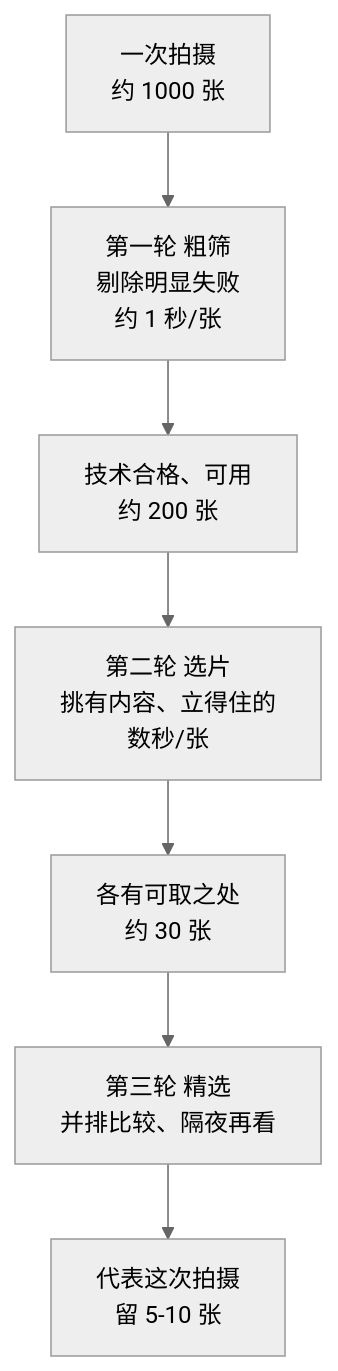
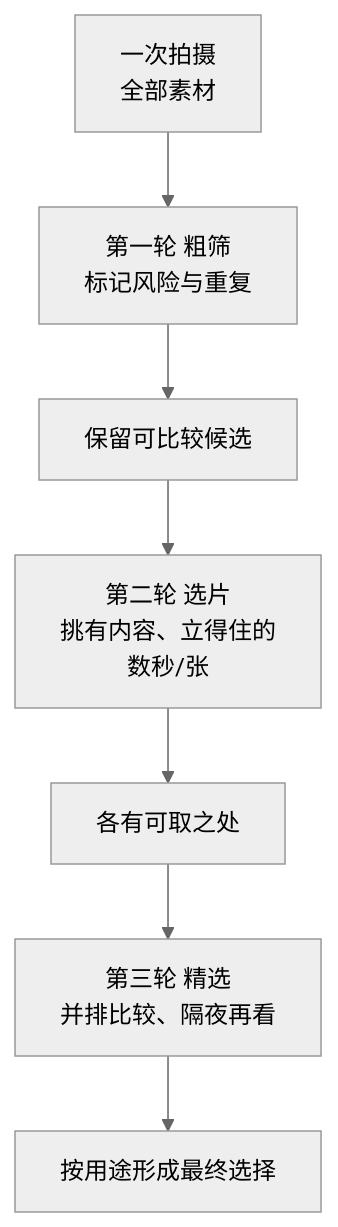
One commit to yingwang/photography-book changed the diagram in docs/14-edit-and-sustain.md. Above: the diagram before and after it, drawn with Mermaid (neutral theme). The commit also changed other lines of this file and 23 other files, not shown here.

Commit message:
全面收紧内容准确性、图片溯源与出版体验 (#11)

````diff
--- a/docs/14-edit-and-sustain.md
+++ b/docs/14-edit-and-sustain.md
@@ -73,9 +73,9 @@
 ```mermaid
 graph TD
-    A["一次拍摄<br/>约 1000 张"] --> B["第一轮 粗筛<br/>剔除明显失败<br/>约 1 秒/张"]
-    B --> C["技术合格、可用<br/>约 200 张"]
+    A["一次拍摄<br/>全部素材"] --> B["第一轮 粗筛<br/>标记风险与重复"]
+    B --> C["保留可比较候选"]
     C --> D["第二轮 选片<br/>挑有内容、立得住的<br/>数秒/张"]
-    D --> E["各有可取之处<br/>约 30 张"]
+    D --> E["各有可取之处"]
     E --> F["第三轮 精选<br/>并排比较、隔夜再看"]
-    F --> G["代表这次拍摄<br/>留 5-10 张"]
+    F --> G["按用途形成最终选择"]
 ```
````
